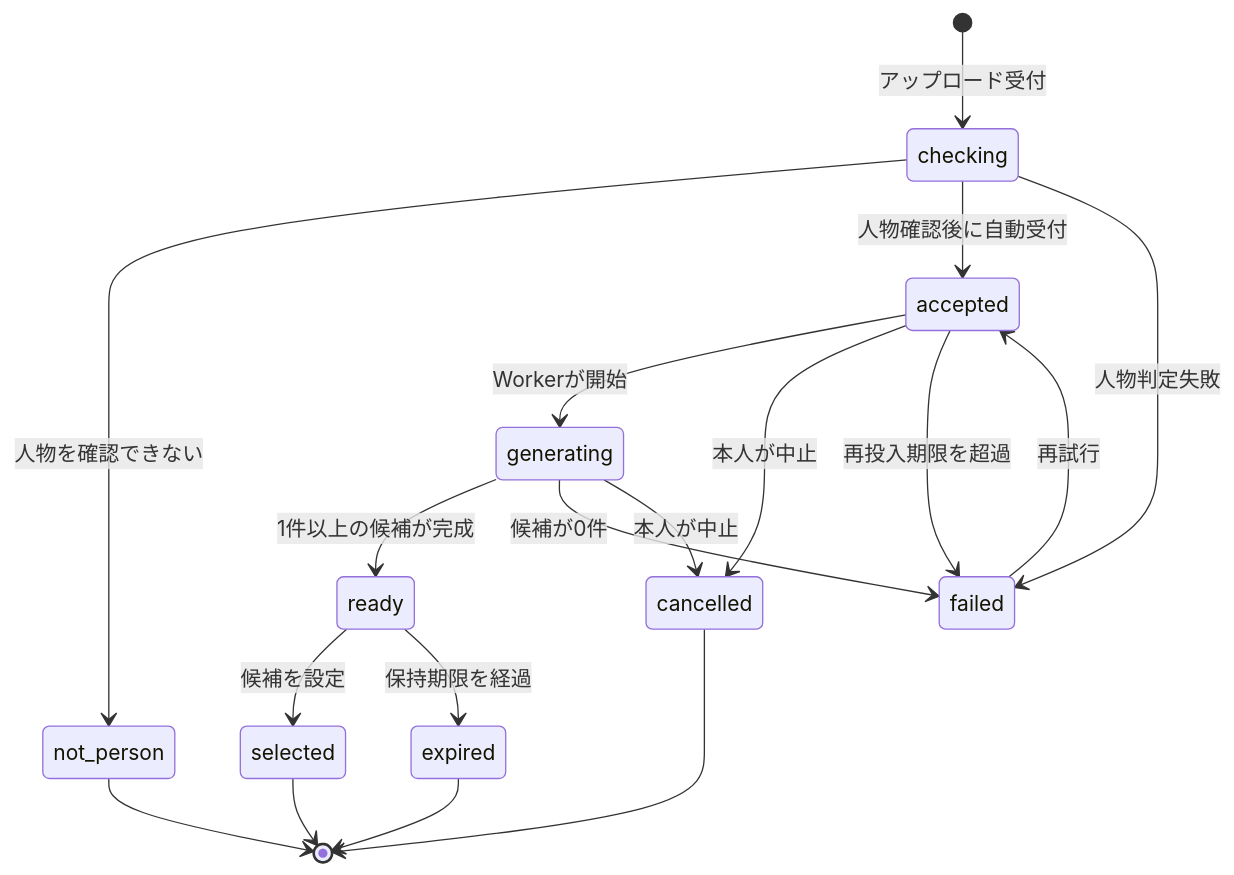
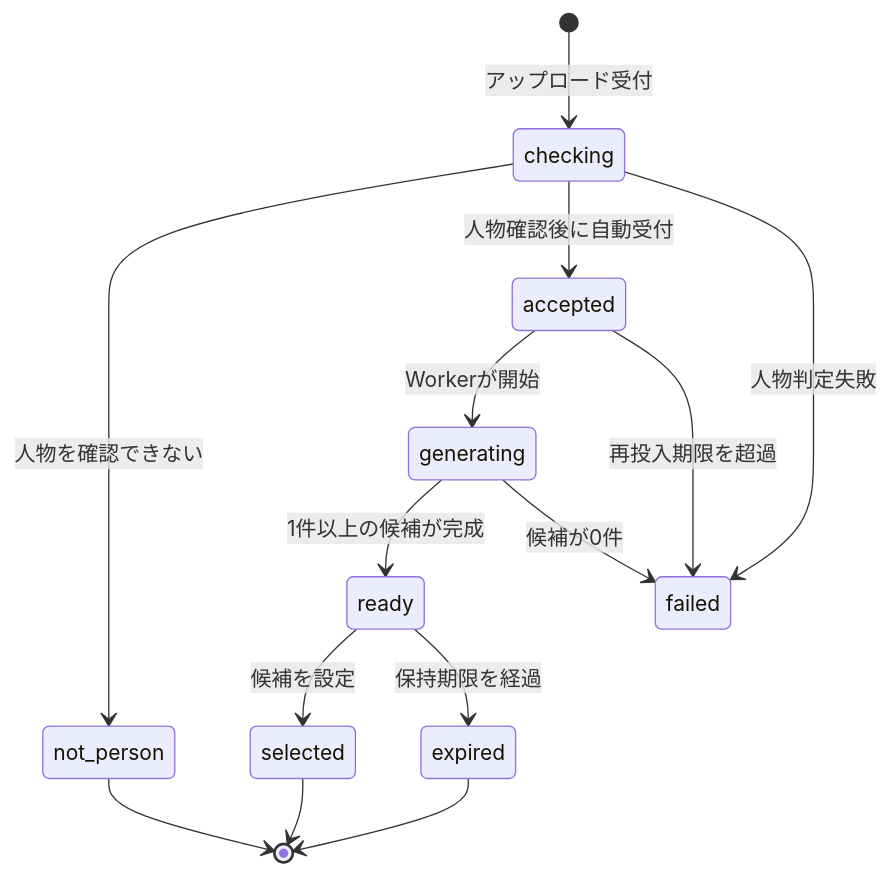
The third of 4 diagrams in docs/product/avatar-experience.md (kkyosuke/me-builder), drawn with Mermaid before and after one commit. The commit also changed other lines of this file and 20 other files, not shown here.

````diff
--- a/docs/product/avatar-experience.md
+++ b/docs/product/avatar-experience.md
@@ -212,20 +211,16 @@
 ```mermaid
 stateDiagram-v2
     [*] --> checking: アップロード受付
     checking --> not_person: 人物を確認できない
     checking --> accepted: 人物確認後に自動受付
     checking --> failed: 人物判定失敗
     accepted --> generating: Workerが開始
-    accepted --> cancelled: 本人が中止
     accepted --> failed: 再投入期限を超過
     generating --> ready: 1件以上の候補が完成
     generating --> failed: 候補が0件
-    generating --> cancelled: 本人が中止
-    failed --> accepted: 再試行
     ready --> selected: 候補を設定
     ready --> expired: 保持期限を経過
     not_person --> [*]
-    cancelled --> [*]
     selected --> [*]
     expired --> [*]
 ```
````
